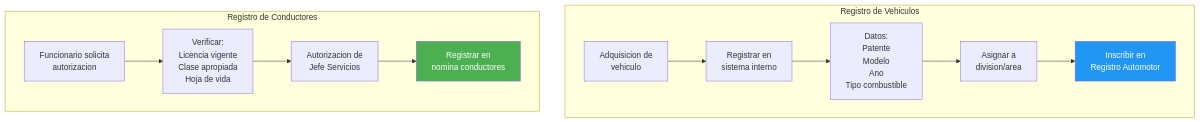
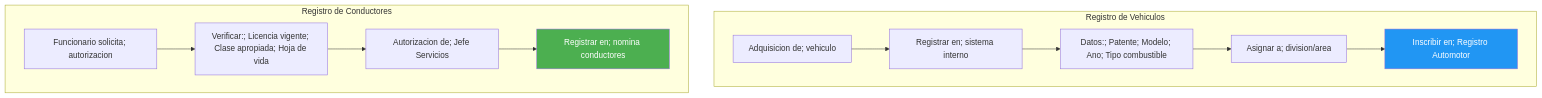
The second of 5 diagrams in KNOWLEDGE/gn/kb/manual-flota-servicios-generales.md (felix-antonio-sl/kora), drawn with Mermaid before and after one commit. The commit also changed other lines of this file and 1034 other files, not shown here.

````diff
--- a/KNOWLEDGE/gn/kb/manual-flota-servicios-generales.md
+++ b/KNOWLEDGE/gn/kb/manual-flota-servicios-generales.md
@@ -191,23 +200,23 @@
 ```mermaid
 flowchart TD
-    subgraph VEHICULOS["Registro de Vehiculos"]
-        A["Adquisicion de<br/>vehiculo"]
-        B["Registrar en<br/>sistema interno"]
-        C["Datos:<br/>Patente<br/>Modelo<br/>Ano<br/>Tipo combustible"]
-        D["Asignar a<br/>division/area"]
-        E["Inscribir en<br/>Registro Automotor"]
-    end
+ subgraph VEHICULOS["Registro de Vehiculos"]
+ A["Adquisicion de; vehiculo"]
+ B["Registrar en; sistema interno"]
+ C["Datos:; Patente; Modelo; Ano; Tipo combustible"]
+ D["Asignar a; division/area"]
+ E["Inscribir en; Registro Automotor"]
+ end
 
-    subgraph CONDUCTORES["Registro de Conductores"]
-        F["Funcionario solicita<br/>autorizacion"]
-        G["Verificar:<br/>Licencia vigente<br/>Clase apropiada<br/>Hoja de vida"]
-        H["Autorizacion de<br/>Jefe Servicios"]
-        I["Registrar en<br/>nomina conductores"]
-    end
+ subgraph CONDUCTORES["Registro de Conductores"]
+ F["Funcionario solicita; autorizacion"]
+ G["Verificar:; Licencia vigente; Clase apropiada; Hoja de vida"]
+ H["Autorizacion de; Jefe Servicios"]
+ I["Registrar en; nomina conductores"]
+ end
 
-    A --> B --> C --> D --> E
-    F --> G --> H --> I
+ A --> B --> C --> D --> E
+ F --> G --> H --> I
 
-    style E fill:#2196F3,color:#fff
-    style I fill:#4CAF50,color:#fff
+ style E fill:#2196F3,color:#fff
+ style I fill:#4CAF50,color:#fff
 ```
````
